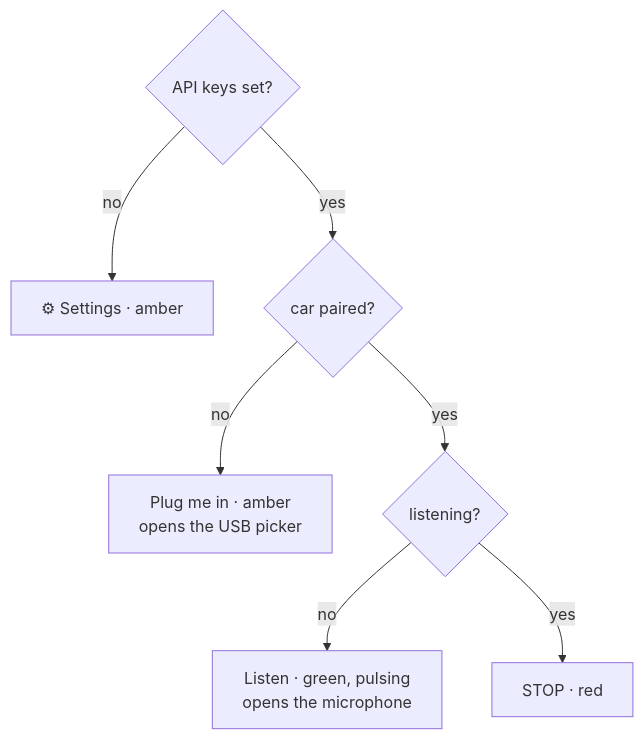
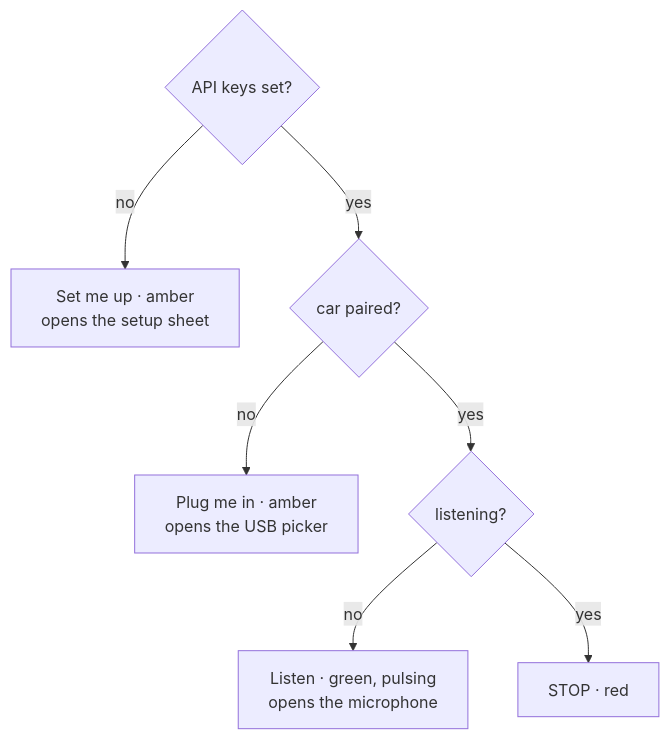
The second of 2 diagrams in docs/ui.md (beasaltfish/bot-reborn), drawn with Mermaid before and after one commit. The commit also changed other lines of this file and 7 other files, not shown here.

````diff
--- a/docs/ui.md
+++ b/docs/ui.md
@@ -117,9 +158,9 @@
 ```mermaid
 flowchart TD
-    A{"API keys set?"} -- no --> B["⚙ Settings · amber"]
+    A{"API keys set?"} -- no --> B["Set me up · amber<br/>opens the setup sheet"]
     A -- yes --> C{"car paired?"}
     C -- no --> D["Plug me in · amber<br/>opens the USB picker"]
     C -- yes --> E{"listening?"}
     E -- no --> F["Listen · green, pulsing<br/>opens the microphone"]
     E -- yes --> G["STOP · red"]
 ```
````
